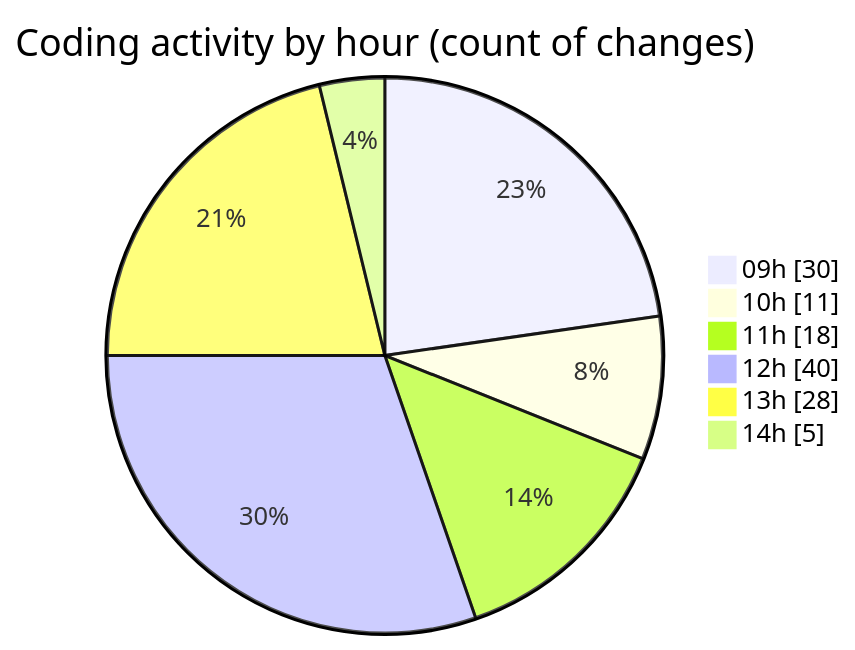
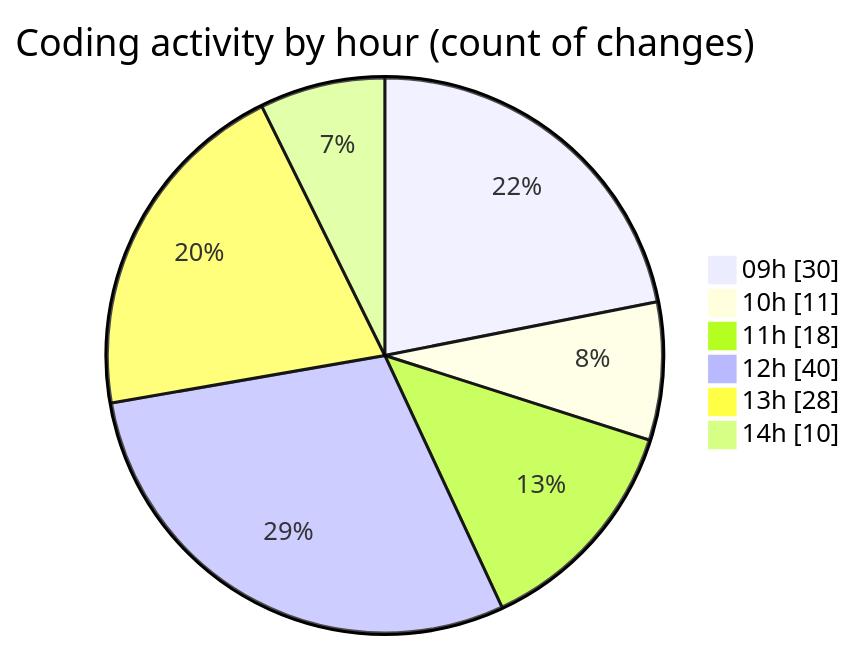
The second of 2 diagrams in 2025-03-05/cda/README.md (momahboobian/code-tracking), drawn with Mermaid before and after one commit. The commit also changed other lines of this file and 1 other file, not shown here.

````diff
--- a/2025-03-05/cda/README.md
+++ b/2025-03-05/cda/README.md
@@ -59,10 +59,10 @@
 ```mermaid
 pie showData
 title Coding activity by hour (count of changes)
 "09h" : 30
 "10h" : 11
 "11h" : 18
 "12h" : 40
 "13h" : 28
-"14h" : 5
+"14h" : 10
 ```
````
